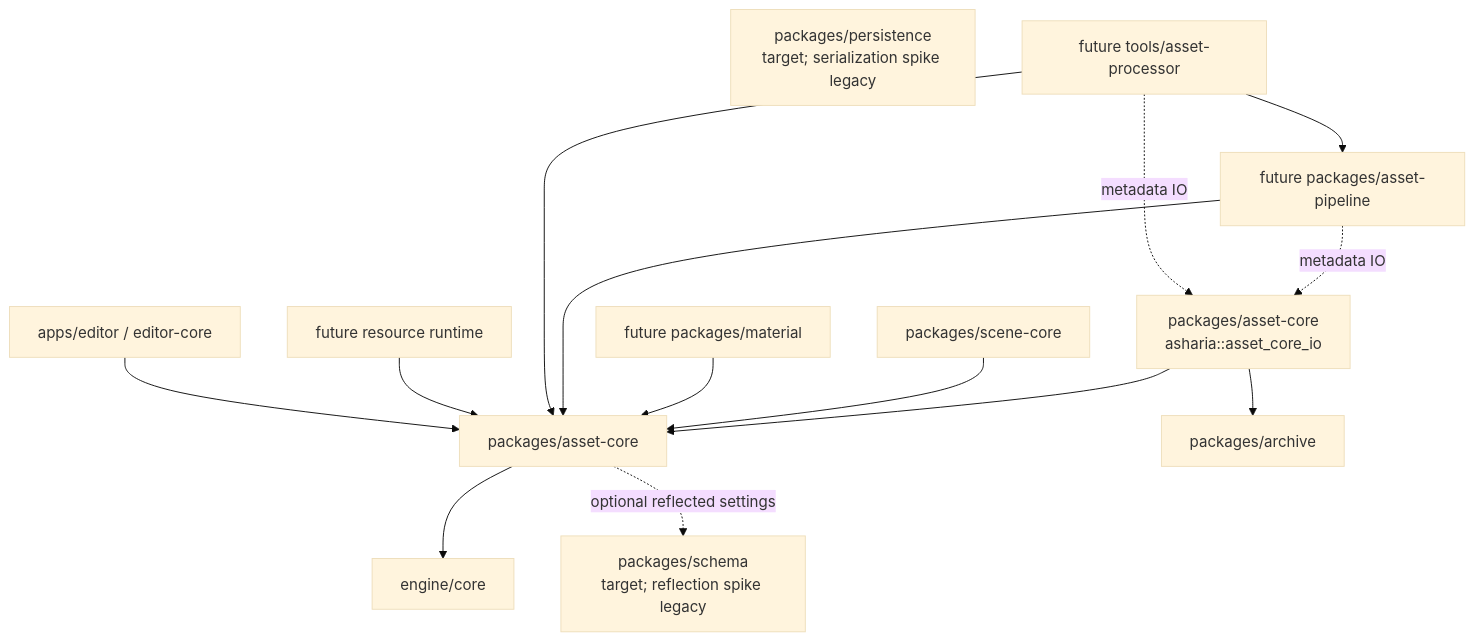
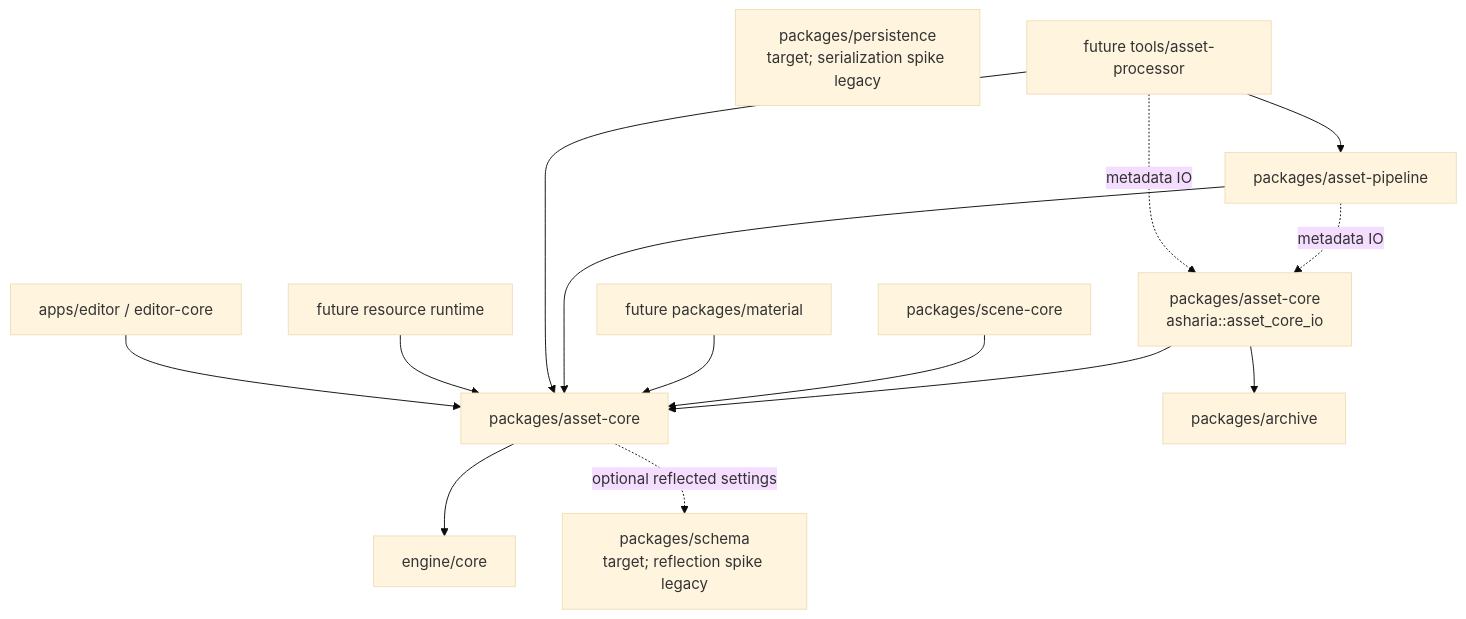
One commit to 66six11/Engine changed the first of 2 diagrams in docs/systems/asset-architecture.md. Above: the diagram before and after it, drawn with Mermaid (base theme). The commit also changed other lines of this file and 10 other files, not shown here.

Commit message:
feat: add asset pipeline metadata discovery

````diff
--- a/docs/systems/asset-architecture.md
+++ b/docs/systems/asset-architecture.md
@@ -87,29 +90,29 @@
 ```mermaid
 flowchart TD
     Core["engine/core"]
     Reflection["packages/schema<br/>target; reflection spike legacy"]
     Serialization["packages/persistence<br/>target; serialization spike legacy"]
     AssetCore["packages/asset-core"]
     AssetCoreIo["packages/asset-core<br/>asharia::asset_core_io"]
     Archive["packages/archive"]
     Scene["packages/scene-core"]
     Material["future packages/material"]
-    AssetPipeline["future packages/asset-pipeline"]
+    AssetPipeline["packages/asset-pipeline"]
     ImportTool["future tools/asset-processor"]
     ResourceRuntime["future resource runtime"]
     Editor["apps/editor / editor-core"]
 
     AssetCore --> Core
     AssetCoreIo --> AssetCore
     AssetCoreIo --> Archive
     Scene --> AssetCore
     Material --> AssetCore
     AssetPipeline --> AssetCore
     ImportTool --> AssetPipeline
     ImportTool --> AssetCore
     ResourceRuntime --> AssetCore
     Editor --> AssetCore
     AssetPipeline -.metadata IO.-> AssetCoreIo
     ImportTool -.metadata IO.-> AssetCoreIo
     AssetCore -.optional reflected settings.-> Reflection
 ```
````
